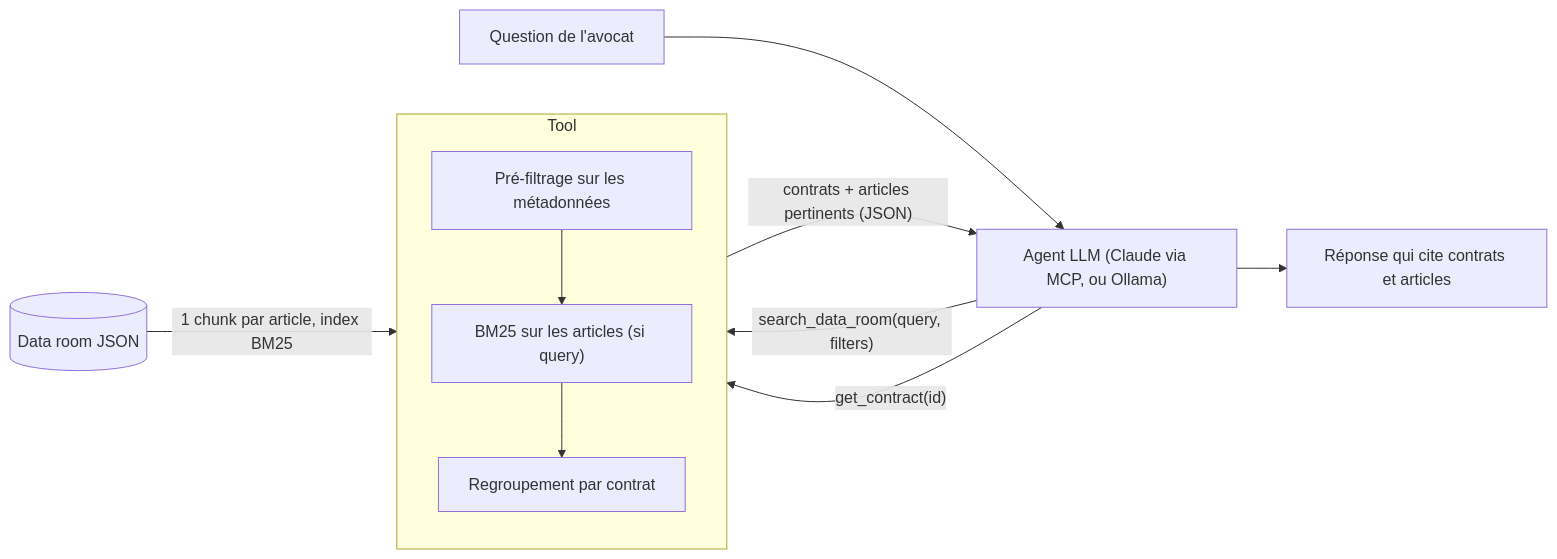
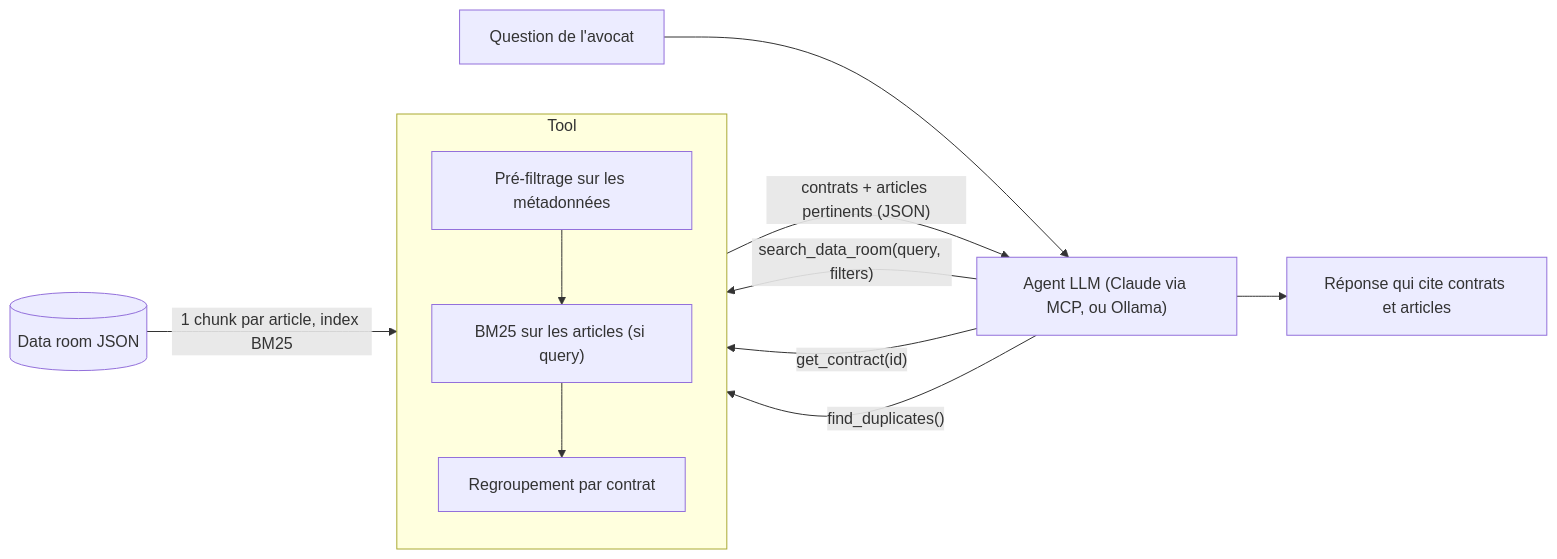
One commit to loqmen-anani/data-room-search changed the diagram in README.md. Above: the diagram before and after it, drawn with Mermaid. The commit also changed other lines of this file and 15 other files, not shown here.

First line of the commit message:
Tool find_duplicates et pagination : les trois questions de l'énoncé, à l'échelle

````diff
--- a/README.md
+++ b/README.md
@@ -108,13 +108,14 @@
 ```mermaid
 flowchart LR
     subgraph S["Tool"]
         direction TB
         F["Pré-filtrage sur les métadonnées"] --> B["BM25 sur les articles (si query)"] --> G["Regroupement par contrat"]
     end
     Q["Question de l'avocat"] --> A["Agent LLM (Claude via MCP, ou Ollama)"]
     A -- "search_data_room(query, filters)" --> S
     A -- "get_contract(id)" --> S
+    A -- "find_duplicates()" --> S
     S -- "contrats + articles pertinents (JSON)" --> A
     A --> R["Réponse qui cite contrats et articles"]
     D[("Data room JSON")] -- "1 chunk par article, index BM25" --> S
 ```
````
